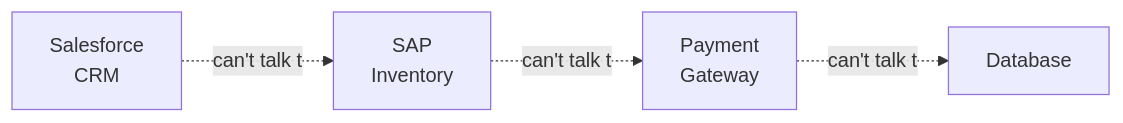
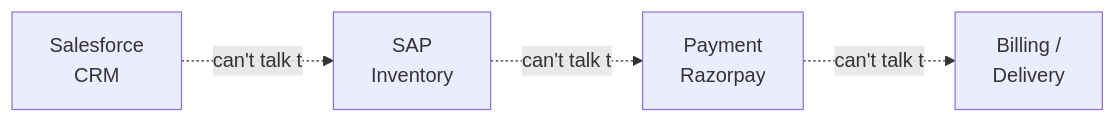
The first of 7 diagrams in detailed-notes/day01.md (developerashok99/green-c-mule-notes), drawn with Mermaid before and after one commit. The commit also changed other lines of this file and 3 other files, not shown here.

````diff
--- a/detailed-notes/day01.md
+++ b/detailed-notes/day01.md
@@ -13,6 +15,6 @@
 ```mermaid
 flowchart LR
     A[Salesforce<br/>CRM] -.can't talk to.-> B[SAP<br/>Inventory]
-    B -.can't talk to.-> C[Payment<br/>Gateway]
-    C -.can't talk to.-> D[Database]
+    B -.can't talk to.-> C[Payment<br/>Razorpay]
+    C -.can't talk to.-> D[Billing /<br/>Delivery]
 ```
````
